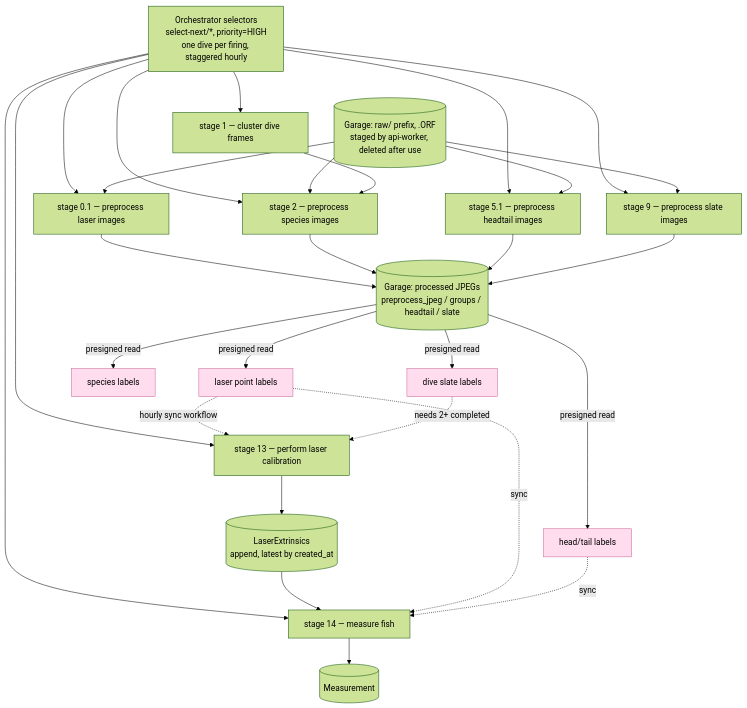
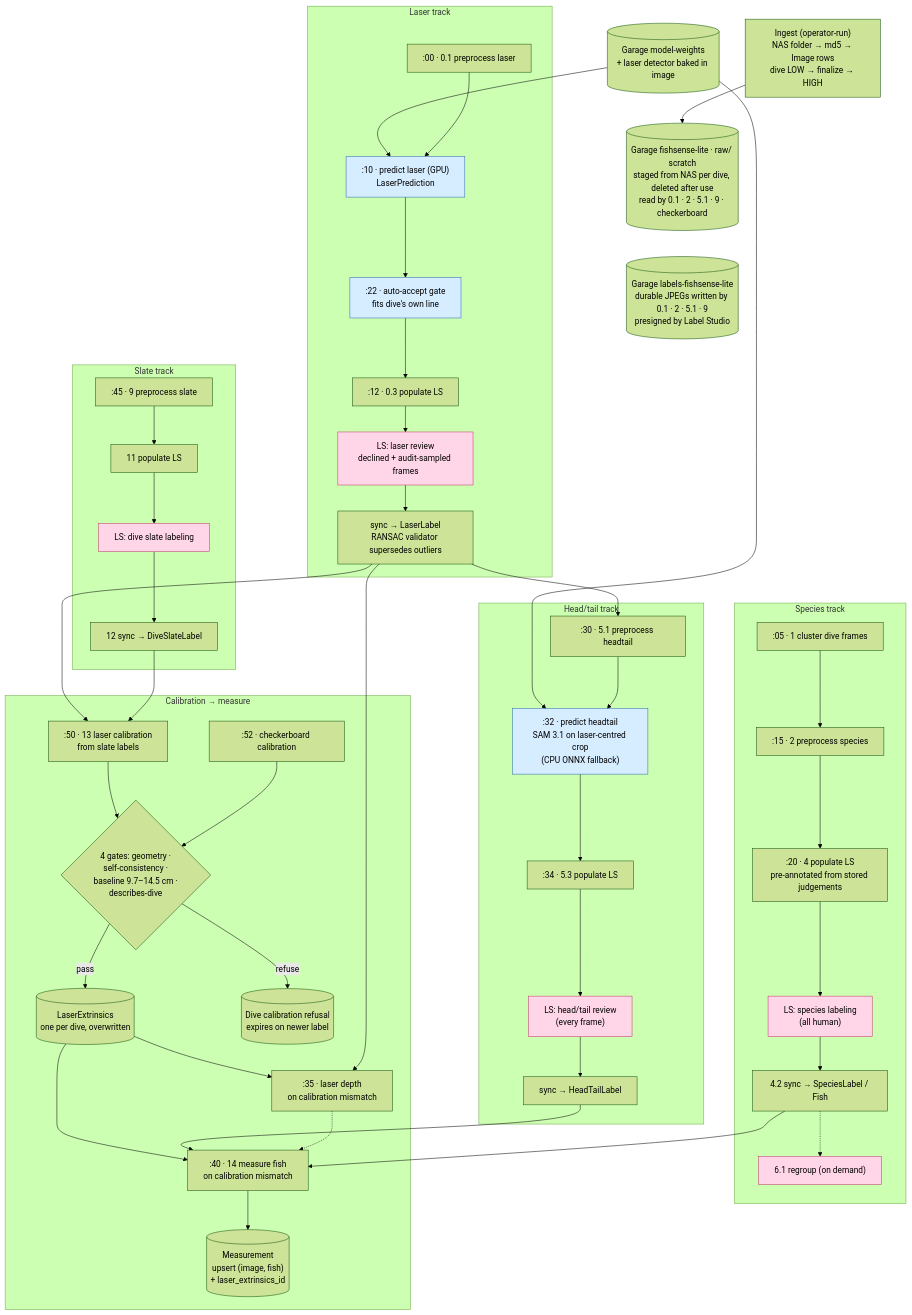
One commit to UCSD-E4E/fishsense-services changed the eighth of 9 diagrams in DIAGRAMS.md. Above: the diagram before and after it, drawn with Mermaid (forest theme). The commit also changed other lines of this file and 1 other file, not shown here.

Commit message:
docs: refresh v2 plan against fishsense-lite HEAD and the research repos
Re-verify PLAN.md section 2 against fishsense-lite a8b2c3bc (2026-09-21): nothing is
append-only any more (laserextrinsics became an in-place overwrite), derived
rows name their inputs and recompute on mismatch, 21 schedules across a
cpu/light/gpu worker split, fishsense-core 4.0.0, operator-run NAS ingest,
three Garage buckets, no MLflow, enforced web authz, hosted Label Studio.

Add the paper repos (imwut, wuwnet, cscw) as consumers of production data,
and the flat-port Lite as a new axial-camera device kind. Extend the v2 data
model (camera vs laser calibration, device components, dive conditions,
sessions, versioned reference data) and add open questions 9.10-9.22.

Redraw diagram 8 from the current stage table; fix diagram 1's Temporal
arrows; note what diagrams 2, 3 and 7 do not yet draw.

````diff
--- a/DIAGRAMS.md
+++ b/DIAGRAMS.md
@@ -385,58 +413,81 @@
 ```mermaid
 flowchart TB
-    sel["Orchestrator selectors<br/>select-next/*, priority=HIGH<br/>one dive per firing, staggered hourly"]
+    ingest["Ingest (operator-run)<br/>NAS folder → md5 → Image rows<br/>dive LOW → finalize → HIGH"]
+    raw[("Garage fishsense-lite · raw/ scratch<br/>staged from NAS per dive, deleted after use<br/>read by 0.1 · 2 · 5.1 · 9 · checkerboard")]
+    jpg[("Garage labels-fishsense-lite<br/>durable JPEGs written by 0.1 · 2 · 5.1 · 9<br/>presigned by Label Studio")]
+    wts[("Garage model-weights<br/>+ laser detector baked in image")]
 
-    raw[("Garage: raw/ prefix, .ORF<br/>staged by api-worker, deleted after use")]
-    jpg[("Garage: processed JPEGs<br/>preprocess_jpeg / groups / headtail / slate")]
+    subgraph laser["Laser track"]
+        s01[":00 · 0.1 preprocess laser"]
+        pl[":10 · predict laser (GPU)<br/>LaserPrediction"]
+        aa[":22 · auto-accept gate<br/>fits dive's own line"]
+        s03[":12 · 0.3 populate LS"]
+        ll["LS: laser review<br/>declined + audit-sampled frames"]
+        sl["sync → LaserLabel<br/>RANSAC validator supersedes outliers"]
+    end
 
-    s01["stage 0.1 — preprocess laser images"]
-    s1["stage 1 — cluster dive frames"]
-    s2["stage 2 — preprocess species images"]
-    s51["stage 5.1 — preprocess headtail images"]
-    s9["stage 9 — preprocess slate images"]
-    s13["stage 13 — perform laser calibration"]
-    s14["stage 14 — measure fish"]
+    subgraph species["Species track"]
+        s1[":05 · 1 cluster dive frames"]
+        s2[":15 · 2 preprocess species"]
+        s4[":20 · 4 populate LS<br/>pre-annotated from stored judgements"]
+        ls["LS: species labeling<br/>(all human)"]
+        s42["4.2 sync → SpeciesLabel / Fish"]
+        s61["6.1 regroup (on demand)"]
+    end
 
-    l1["laser point labels"]
-    l3["head/tail labels"]
-    l4["dive slate labels"]
-    l2["species labels"]
+    subgraph headtail["Head/tail track"]
+        s51[":30 · 5.1 preprocess headtail"]
+        ph[":32 · predict headtail<br/>SAM 3.1 on laser-centred crop<br/>(CPU ONNX fallback)"]
+        s53[":34 · 5.3 populate LS"]
+        lh["LS: head/tail review<br/>(every frame)"]
+        sh["sync → HeadTailLabel"]
+    end
 
-    ext[("LaserExtrinsics<br/>append, latest by created_at")]
-    meas[("Measurement")]
+    subgraph slate["Slate track"]
+        s9[":45 · 9 preprocess slate"]
+        s11["11 populate LS"]
+        lsl["LS: dive slate labeling"]
+        s12["12 sync → DiveSlateLabel"]
+    end
 
-    sel --> s01
-    sel --> s1
-    sel --> s2
-    sel --> s51
-    sel --> s9
-    sel --> s13
-    sel --> s14
+    subgraph calib["Calibration → measure"]
+        s13[":50 · 13 laser calibration<br/>from slate labels"]
+        cb[":52 · checkerboard calibration"]
+        gates{"4 gates: geometry ·<br/>self-consistency ·<br/>baseline 9.7–14.5 cm ·<br/>describes-dive"}
+        ext[("LaserExtrinsics<br/>one per dive, overwritten")]
+        ref[("Dive calibration refusal<br/>expires on newer label")]
+        dep[":35 · laser depth<br/>on calibration mismatch"]
+        s14[":40 · 14 measure fish<br/>on calibration mismatch"]
+        meas[("Measurement<br/>upsert (image, fish)<br/>+ laser_extrinsics_id")]
+    end
 
-    raw --> s01
-    raw --> s2
-    raw --> s51
-    raw --> s9
+    ingest --> raw
+    raw ~~~ jpg
+    wts --> pl & ph
 
-    s01 --> jpg
-    s2 --> jpg
-    s51 --> jpg
-    s9 --> jpg
+    s01 --> pl --> aa --> s03 --> ll --> sl
+    s1 --> s2 --> s4 --> ls --> s42
+    s42 -.-> s61
+    sl --> s51
+    s51 --> ph --> s53 --> lh --> sh
+    s9 --> s11 --> lsl --> s12
 
-    jpg -->|presigned read| l1
-    jpg -->|presigned read| l3
-    jpg -->|presigned read| l4
-    jpg -->|presigned read| l2
-
-    s1 --> s2
-    l1 -.->|hourly sync workflow| s13
-    l4 -.->|needs 2+ completed| s13
-    s13 --> ext
+    sl --> s13
+    s12 --> s13
+    s13 --> gates
+    cb --> gates
+    gates -->|pass| ext
+    gates -->|refuse| ref
+    ext --> dep
+    sl --> dep
     ext --> s14
-    l1 -.->|sync| s14
-    l3 -.->|sync| s14
+    sh --> s14
+    s42 --> s14
+    dep -.-> s14
     s14 --> meas
 
-    classDef human fill:#fde,stroke:#c69
-    class l1,l2,l3,l4 human
+    classDef human fill:#ffd6e7,stroke:#c0396b
+    classDef model fill:#d6ecff,stroke:#2b6cb0
+    class ll,ls,lh,lsl,s61 human
+    class pl,aa,ph model
 ```
````
